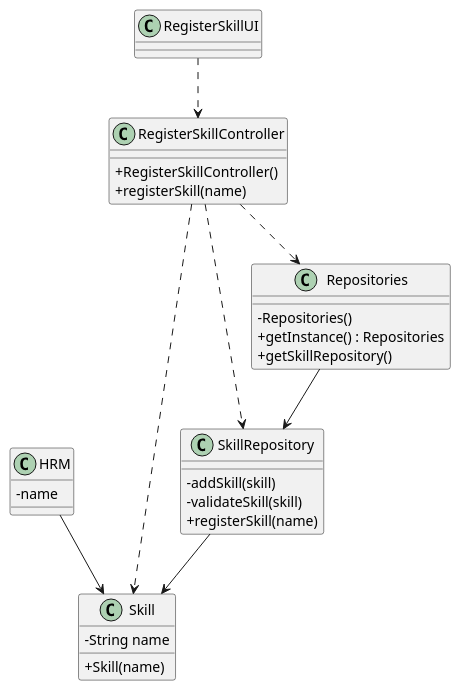
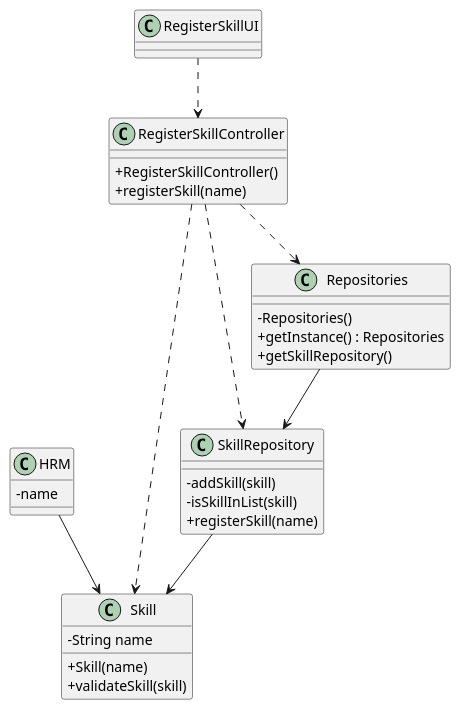
Before and after one commit to daniel41silva05/ISEP_2023_2024_LAPR2: the diagram in docs/sprintA&B/us001/03.design/puml/us001-class-diagram.puml, drawn with PlantUML. The commit also changed 2 other files, not shown here.

Commit message:
us01 updates on Skill, SkillRepository and us001-class-diagram.puml

```diff
--- a/docs/sprintA&B/us001/03.design/puml/us001-class-diagram.puml
+++ b/docs/sprintA&B/us001/03.design/puml/us001-class-diagram.puml
@@ -1,50 +1,51 @@
 @startuml
 skinparam packageStyle rectangle
 skinparam shadowing false
 skinparam linetype polyline
 
 skinparam classAttributeIconSize 0
 
 'left to right direction
 
 class Skill {
     - String name
 
     + Skill(name)
+    + validateSkill(skill)
 }
 
 class HRM {
     - name
 }
 
 class SkillRepository {
     - addSkill(skill)
-    - validateSkill(skill)
+    - isSkillInList(skill)
     + registerSkill(name)
 }
 
 class Repositories {
     - Repositories()
     + getInstance() : Repositories
     + getSkillRepository()
 }
 
 class RegisterSkillController {
     + RegisterSkillController()
     + registerSkill(name)
 }
 
 class RegisterSkillUI {
 }
 
 RegisterSkillUI ..> RegisterSkillController
 RegisterSkillController ..> Repositories
 RegisterSkillController ..> SkillRepository
 RegisterSkillController ..> Skill
 Repositories --> SkillRepository
 HRM --> Skill
 SkillRepository --> Skill
 
 
 
 @enduml
```
